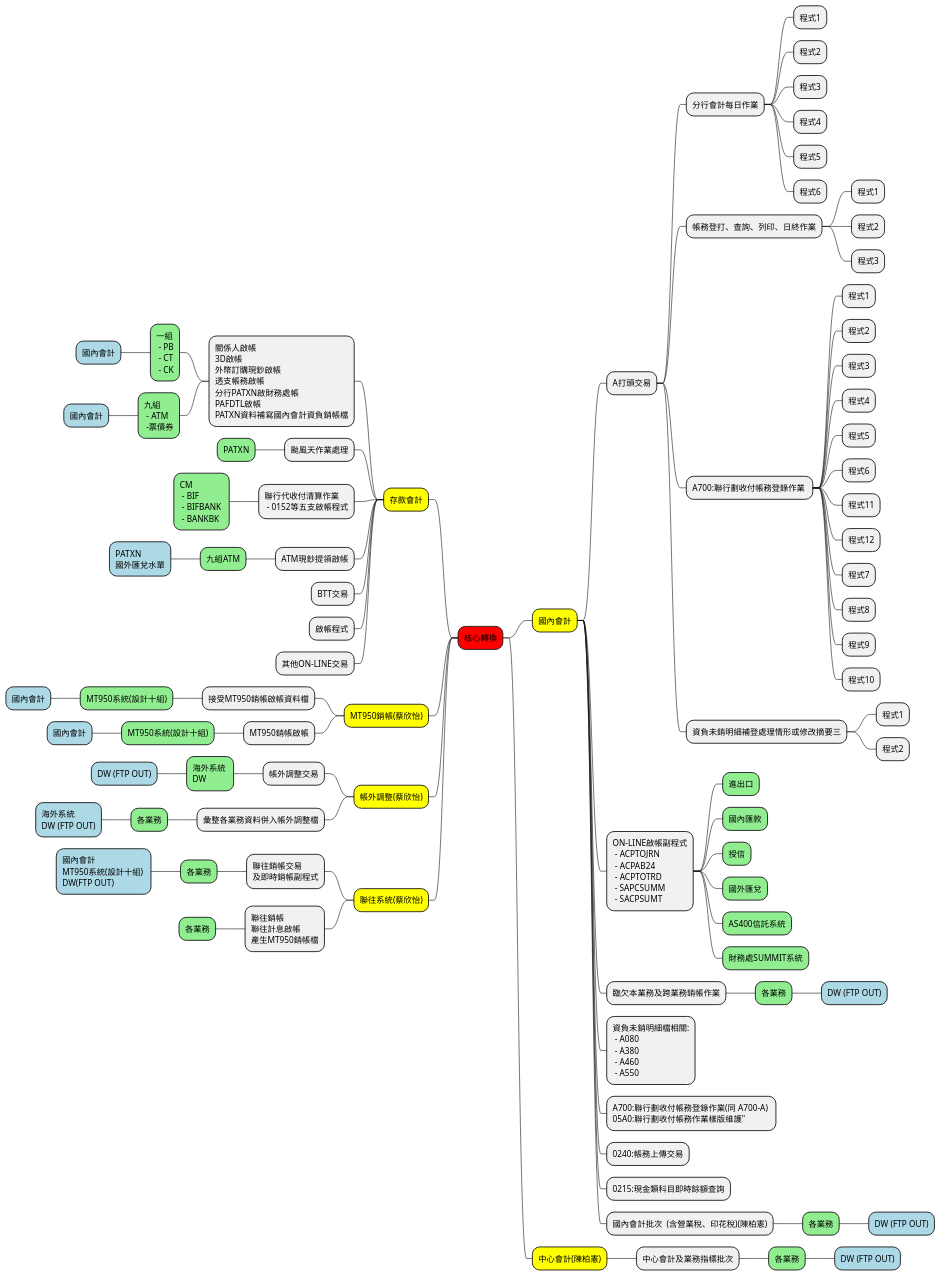
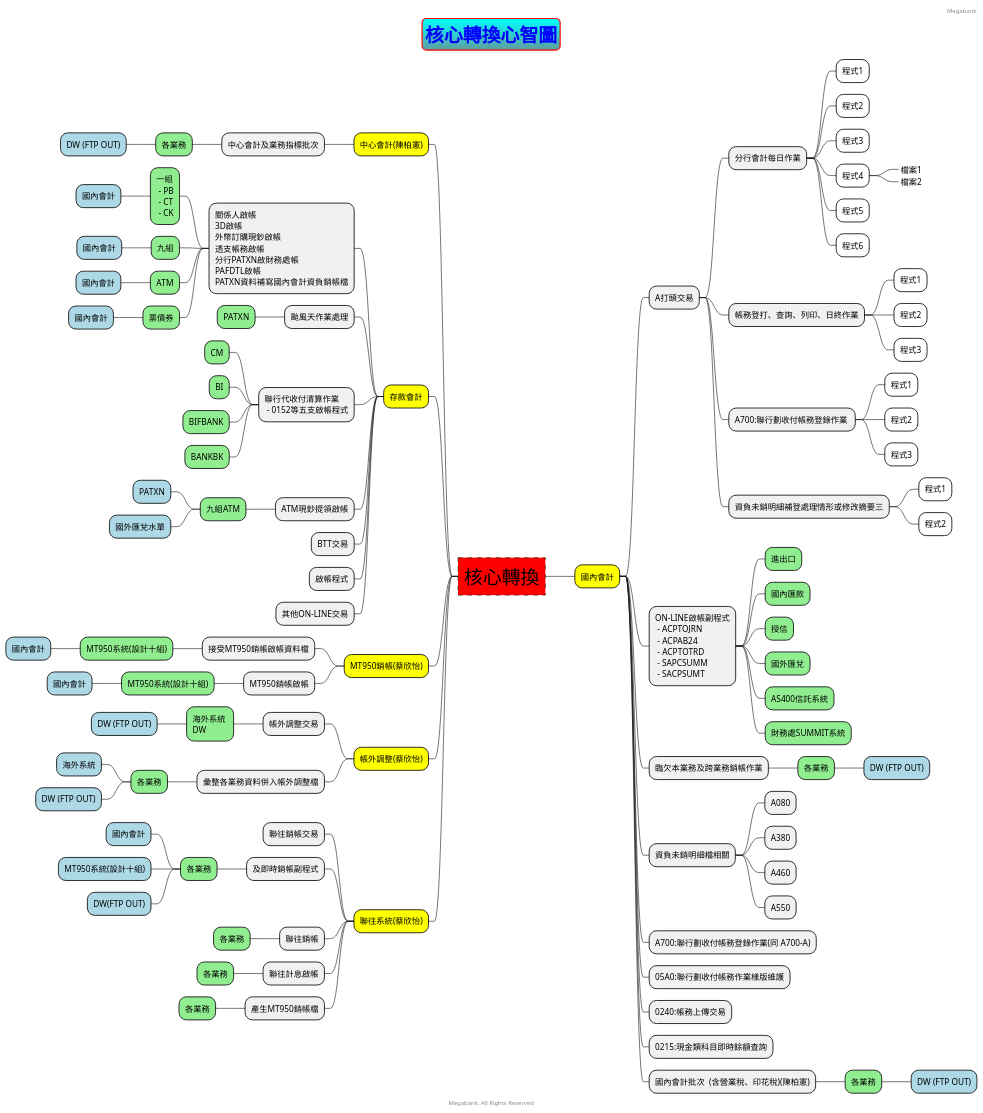
The diagram in plantuml/mindmap/func/detail.puml (abelyang999/mega_kernel), drawn with PlantUML before and after one commit. The commit also changed 1 other file, not shown here.

Commit message:
update mindmap and readme

```diff
--- a/plantuml/mindmap/func/detail.puml
+++ b/plantuml/mindmap/func/detail.puml
@@ -1,99 +1,149 @@
 @startmindmap test
+skinparam titleBorderRoundCorner 15
+skinparam titleBorderThickness 2
+skinparam titleBorderColor red
+skinparam titleBackgroundColor Aqua-CadetBlue
 
-*[#Red]  核心轉換
-**[#Yellow] 國內會計
-*** A打頭交易
-**** 分行會計每日作業
-***** 程式1
-***** 程式2
-***** 程式3
-***** 程式4
-***** 程式5
-***** 程式6
-**** 帳務登打、查詢、列印、日終作業
-***** 程式1
-***** 程式2
-***** 程式3
-**** A700:聯行劃收付帳務登錄作業 
-***** 程式1
-***** 程式2
-***** 程式3
-***** 程式4
-***** 程式5
-***** 程式6
-***** 程式11
-***** 程式12
-***** 程式7
-***** 程式8
-***** 程式9
-***** 程式10
-**** 資負未銷明細補登處理情形或修改摘要三
-***** 程式1
-***** 程式2
+title 核心轉換心智圖
 
-*** ON-LINE啟帳副程式\n - ACPTOJRN \n - ACPAB24 \n - ACPTOTRD\n - SAPCSUMM \n - SACPSUMT
-****[#lightgreen] 進出口
-****[#lightgreen] 國內匯款
-****[#lightgreen] 授信
-****[#lightgreen] 國外匯兌
-****[#lightgreen] AS400信託系統
-****[#lightgreen] 財務處SUMMIT系統
-*** 臨欠本業務及跨業務銷帳作業
-****[#lightgreen] 各業務
-*****[#lightblue] DW (FTP OUT)
-*** 資負未銷明細檔相關:\n - A080\n - A380\n - A460\n - A550
-*** A700:聯行劃收付帳務登錄作業(同 A700-A) \n05A0:聯行劃收付帳務作業樣版維護"
-*** 0240:帳務上傳交易
-*** 0215:現金類科目即時餘額查詢
-*** 國內會計批次  (含營業稅、印花稅)(陳柏憲)
-****[#lightgreen] 各業務
-*****[#lightblue] DW (FTP OUT)
+<style>
+title {
+  HorizontalAlignment right
+  FontSize 32
+  FontColor blue
+}
+rootNode {
+    LineStyle 8.0;3.0
+    LineColor red
+    LineThickness 1.0
+    RoundCorner 0
+    Shadowing 0.0
+    Fontsize 32
+    BackgroundColor Red
+}
+mindmapDiagram {
+    
 
-**[#Yellow] 中心會計(陳柏憲)
-*** 中心會計及業務指標批次
-****[#lightgreen] 各業務
-*****[#lightblue] DW (FTP OUT)
+    '第4層後白底
+    :depth(4) {
+      BackGroundColor white
+    }
+}
+</style>
+
+* 核心轉換
+	*[#Yellow] 國內會計
+		* A打頭交易
+			* 分行會計每日作業
+				* 程式1
+				* 程式2
+				* 程式3
+				* 程式4
+					*_ 檔案1
+					*_ 檔案2
+				* 程式5
+				* 程式6
+			* 帳務登打、查詢、列印、日終作業
+				* 程式1
+				* 程式2
+				* 程式3
+			* A700:聯行劃收付帳務登錄作業 
+				* 程式1
+				* 程式2
+				* 程式3
+			* 資負未銷明細補登處理情形或修改摘要三
+				* 程式1
+				* 程式2
+
+		* ON-LINE啟帳副程式\n - ACPTOJRN \n - ACPAB24 \n - ACPTOTRD\n - SAPCSUMM \n - SACPSUMT
+			*[#lightgreen] 進出口
+			*[#lightgreen] 國內匯款
+			*[#lightgreen] 授信
+			*[#lightgreen] 國外匯兌
+			*[#lightgreen] AS400信託系統
+			*[#lightgreen] 財務處SUMMIT系統
+		* 臨欠本業務及跨業務銷帳作業
+			*[#lightgreen] 各業務
+				*[#lightblue] DW (FTP OUT)
+		* 資負未銷明細檔相關
+			* A080
+			* A380
+			* A460
+			* A550
+		* A700:聯行劃收付帳務登錄作業(同 A700-A)
+		* 05A0:聯行劃收付帳務作業樣版維護
+		* 0240:帳務上傳交易
+		* 0215:現金類科目即時餘額查詢
+		* 國內會計批次  (含營業稅、印花稅)(陳柏憲)
+			*[#lightgreen] 各業務
+				*[#lightblue] DW (FTP OUT)
 
 left side:
-**[#Yellow] 存款會計
-*** 關係人啟帳 \n3D啟帳 \n外幣訂購現鈔啟帳 \n透支帳務啟帳 \n分行PATXN啟財務處帳 \nPAFDTL啟帳 \nPATXN資料補寫國內會計資負銷帳檔
-****[#lightgreen] 一組\n - PB\n - CT\n - CK
-*****[#lightblue] 國內會計
-****[#lightgreen] 九組\n - ATM\n -票債券
-*****[#lightblue] 國內會計
-*** 颱風天作業處理
-****[#lightgreen] PATXN
-*** 聯行代收付清算作業\n - 0152等五支啟帳程式
-****[#lightgreen] CM \n - BIF \n - BIFBANK \n - BANKBK
-*** ATM現鈔提領啟帳
-****[#lightgreen] 九組ATM
-*****[#lightblue]  PATXN \n國外匯兌水單
-*** BTT交易
-*** 啟帳程式
-*** 其他ON-LINE交易
+	*[#Yellow] 中心會計(陳柏憲)
+		* 中心會計及業務指標批次
+			*[#lightgreen] 各業務
+				*[#lightblue] DW (FTP OUT)
 
-**[#Yellow] MT950銷帳(蔡欣怡)
-*** 接受MT950銷帳啟帳資料檔
-****[#lightgreen] MT950系統(設計十組)
-*****[#lightblue] 國內會計
-*** MT950銷帳啟帳
-****[#lightgreen] MT950系統(設計十組)
-*****[#lightblue] 國內會計
+	*[#Yellow] 存款會計
+		* 關係人啟帳 \n3D啟帳 \n外幣訂購現鈔啟帳 \n透支帳務啟帳 \n分行PATXN啟財務處帳 \nPAFDTL啟帳 \nPATXN資料補寫國內會計資負銷帳檔
+			*[#lightgreen] 一組\n - PB\n - CT\n - CK
+				*[#lightblue] 國內會計
+			*[#lightgreen] 九組
+				*[#lightblue] 國內會計
+			*[#lightgreen] ATM
+				*[#lightblue] 國內會計
+			*[#lightgreen] 票債券
+				*[#lightblue] 國內會計
+		* 颱風天作業處理
+			*[#lightgreen] PATXN
+		* 聯行代收付清算作業\n - 0152等五支啟帳程式
+			*[#lightgreen] CM
+			*[#lightgreen] BI
+			*[#lightgreen] BIFBANK
+			*[#lightgreen] BANKBK
+		* ATM現鈔提領啟帳
+			*[#lightgreen] 九組ATM
+				*[#lightblue]  PATXN
+				*[#lightblue]  國外匯兌水單
+		* BTT交易
+		* 啟帳程式
+		* 其他ON-LINE交易
 
-**[#Yellow] 帳外調整(蔡欣怡)
-*** 帳外調整交易
-****[#lightgreen] 海外系統 \nDW
-*****[#lightblue] DW (FTP OUT)
-*** 彙整各業務資料併入帳外調整檔
-****[#lightgreen] 各業務
-*****[#lightblue] 海外系統 \nDW (FTP OUT)
+	*[#Yellow] MT950銷帳(蔡欣怡)
+		* 接受MT950銷帳啟帳資料檔
+			*[#lightgreen] MT950系統(設計十組)
+				*[#lightblue] 國內會計
+		* MT950銷帳啟帳
+			*[#lightgreen] MT950系統(設計十組)
+				*[#lightblue] 國內會計
 
-**[#Yellow] 聯往系統(蔡欣怡)
-*** 聯往銷帳交易 \n及即時銷帳副程式
-****[#lightgreen] 各業務
-*****[#lightblue] 國內會計 \nMT950系統(設計十組) \nDW(FTP OUT)
-*** 聯往銷帳 \n聯往計息啟帳 \n產生MT950銷帳檔
-****[#lightgreen] 各業務
+	*[#Yellow] 帳外調整(蔡欣怡)
+		* 帳外調整交易
+			*[#lightgreen] 海外系統 \nDW
+				*[#lightblue] DW (FTP OUT)
+		* 彙整各業務資料併入帳外調整檔
+			*[#lightgreen] 各業務
+				*[#lightblue] 海外系統
+				*[#lightblue] DW (FTP OUT)
 
-'@endmindmap
+	*[#Yellow] 聯往系統(蔡欣怡)
+		* 聯往銷帳交易
+		* 及即時銷帳副程式
+			*[#lightgreen] 各業務
+				*[#lightblue] 國內會計
+				*[#lightblue] MT950系統(設計十組)
+				*[#lightblue] DW(FTP OUT)
+		* 聯往銷帳
+			*[#lightgreen] 各業務
+		* 聯往計息啟帳
+			*[#lightgreen] 各業務
+		* 產生MT950銷帳檔
+			*[#lightgreen] 各業務
+header
+Megabank 
+endheader
+
+center footer Megabank, All Rights Reserved
+
+
 @endmindmap
```
